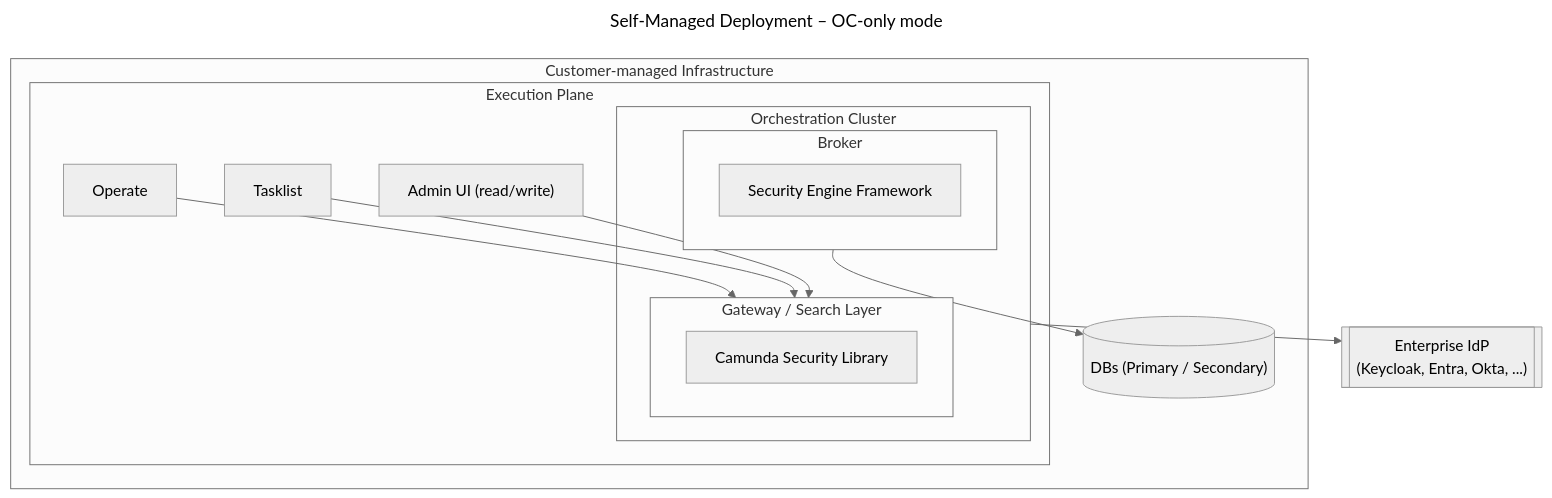
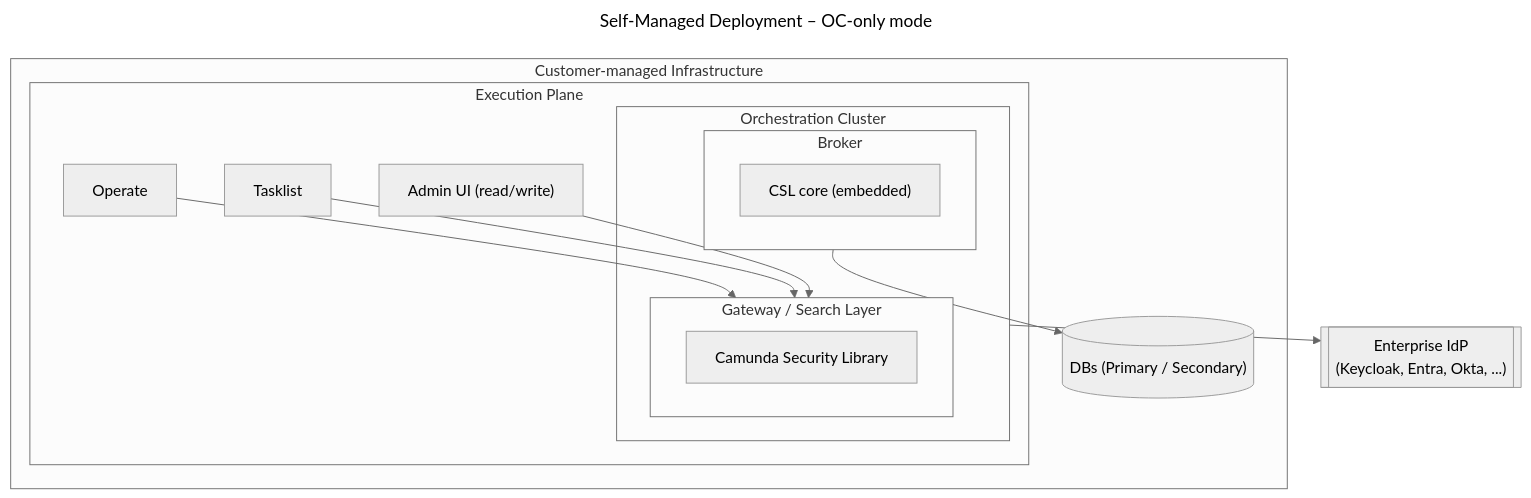
The first of 4 diagrams in docs/architecture/07-deployment-view.md (camunda/camunda-security-library), drawn with Mermaid (neutral theme) before and after one commit. The commit also changed other lines of this file and 7 other files, not shown here.

First line of the commit message:
docs: replace Security Engine Framework with CSL core and mark the unified read path delivered

````diff
--- a/docs/architecture/07-deployment-view.md
+++ b/docs/architecture/07-deployment-view.md
@@ -18,31 +18,31 @@
 ```mermaid
 ---
 title: Self-Managed Deployment – OC-only mode
 ---
 flowchart TB
   subgraph Customer["Customer-managed Infrastructure"]
     subgraph Execution["Execution Plane"]
       Operate["Operate"]
       Tasklist["Tasklist"]
       AdminUI["Admin UI (read/write)"]
 
       subgraph OC["Orchestration Cluster"]
         subgraph GatewayLayer["Gateway / Search Layer"]
           SecGatOC["Camunda Security Library"]
         end
 
         subgraph Broker1["Broker"]
-          SecEngFrame1["Security Engine Framework"]
+          SecEngFrame1["CSL core (embedded)"]
         end
       end
 
       Operate & Tasklist & AdminUI --> GatewayLayer
     end
 
     DBs[("DBs (Primary / Secondary)")]
     Broker1 --> DBs
   end
 
   EnterpriseIdP[["Enterprise IdP</br>(Keycloak, Entra, Okta, ...)"]]
   OC --> EnterpriseIdP
 ```
````
